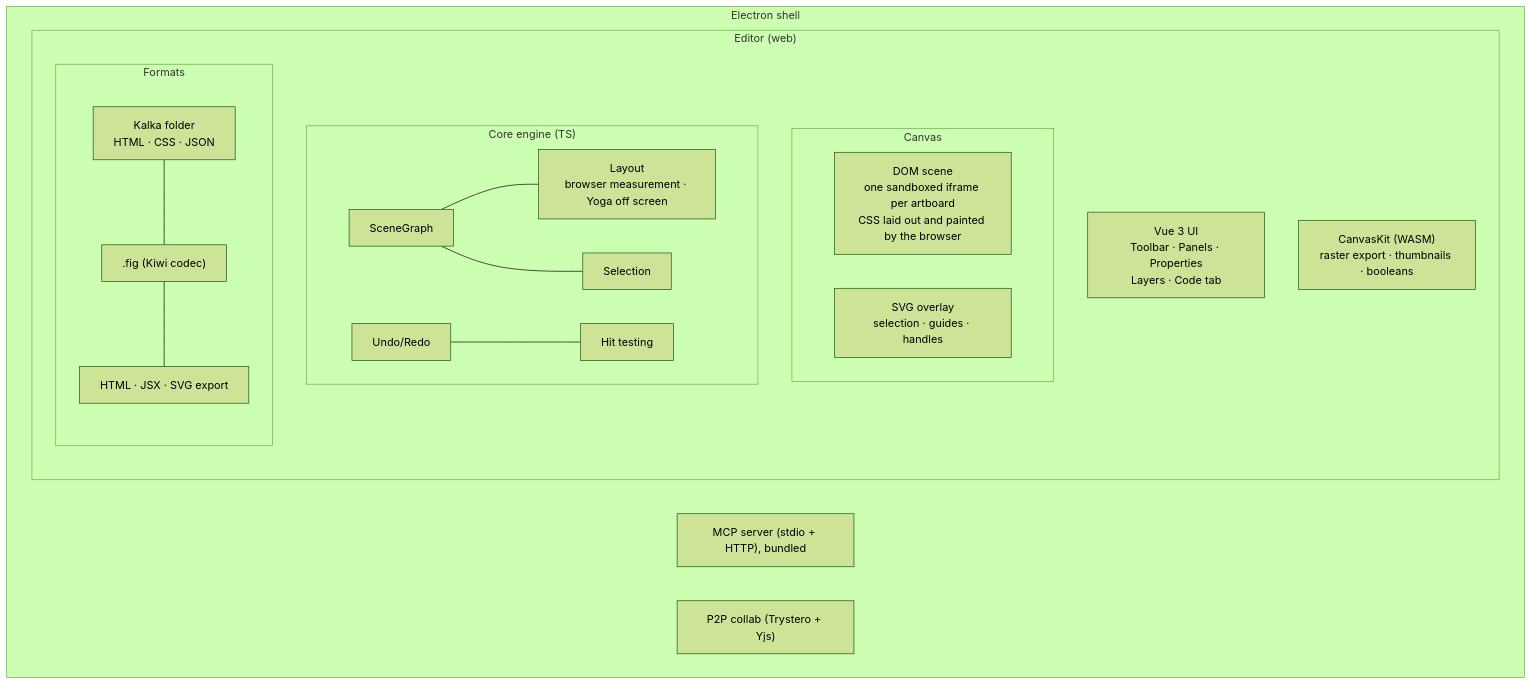
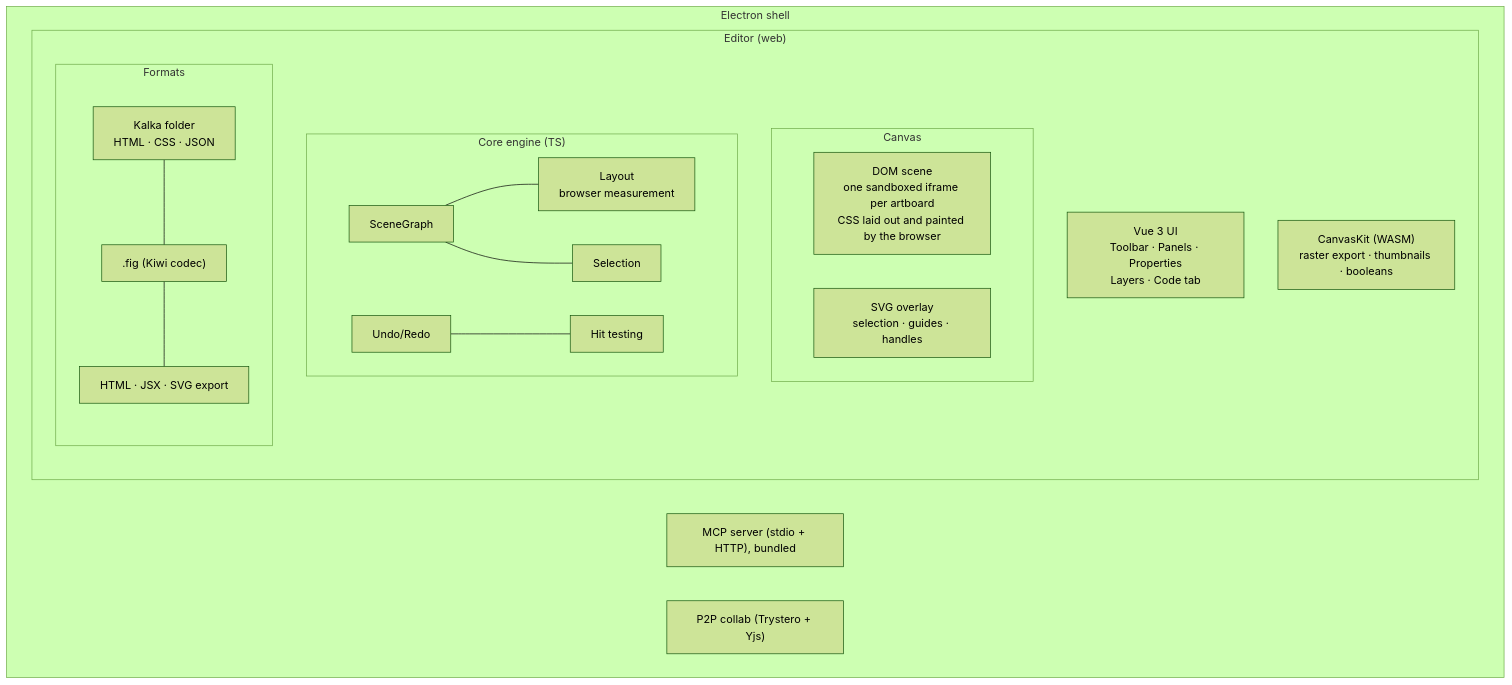
One commit to leyscore/kalka changed the diagram in packages/docs/development/architecture.md. Above: the diagram before and after it, drawn with Mermaid (forest theme). The commit also changed other lines of this file and 71 other files, not shown here.

````diff
--- a/packages/docs/development/architecture.md
+++ b/packages/docs/development/architecture.md
@@ -8,24 +8,24 @@
 ```mermaid
 graph TB
     subgraph Desktop["Electron shell"]
         subgraph Editor["Editor (web)"]
             UI["Vue 3 UI<br/>Toolbar · Panels · Properties<br/>Layers · Code tab"]
             subgraph Canvas["Canvas"]
                 DOM["DOM scene<br/>one sandboxed iframe per artboard<br/>CSS laid out and painted by the browser"]
                 Overlay["SVG overlay<br/>selection · guides · handles"]
             end
             subgraph Core["Core engine (TS)"]
-                SG[SceneGraph] --- Layout["Layout<br/>browser measurement · Yoga off screen"]
+                SG[SceneGraph] --- Layout["Layout<br/>browser measurement"]
                 SG --- Selection
                 Undo[Undo/Redo] --- HitTest[Hit testing]
             end
             subgraph Formats["Formats"]
                 Folder["Kalka folder<br/>HTML · CSS · JSON"] --- Fig[".fig (Kiwi codec)"]
                 Fig --- Export["HTML · JSX · SVG export"]
             end
             Skia["CanvasKit (WASM)<br/>raster export · thumbnails · booleans"]
         end
         MCP["MCP server (stdio + HTTP), bundled"]
         Collab["P2P collab (Trystero + Yjs)"]
     end
 ```
````
